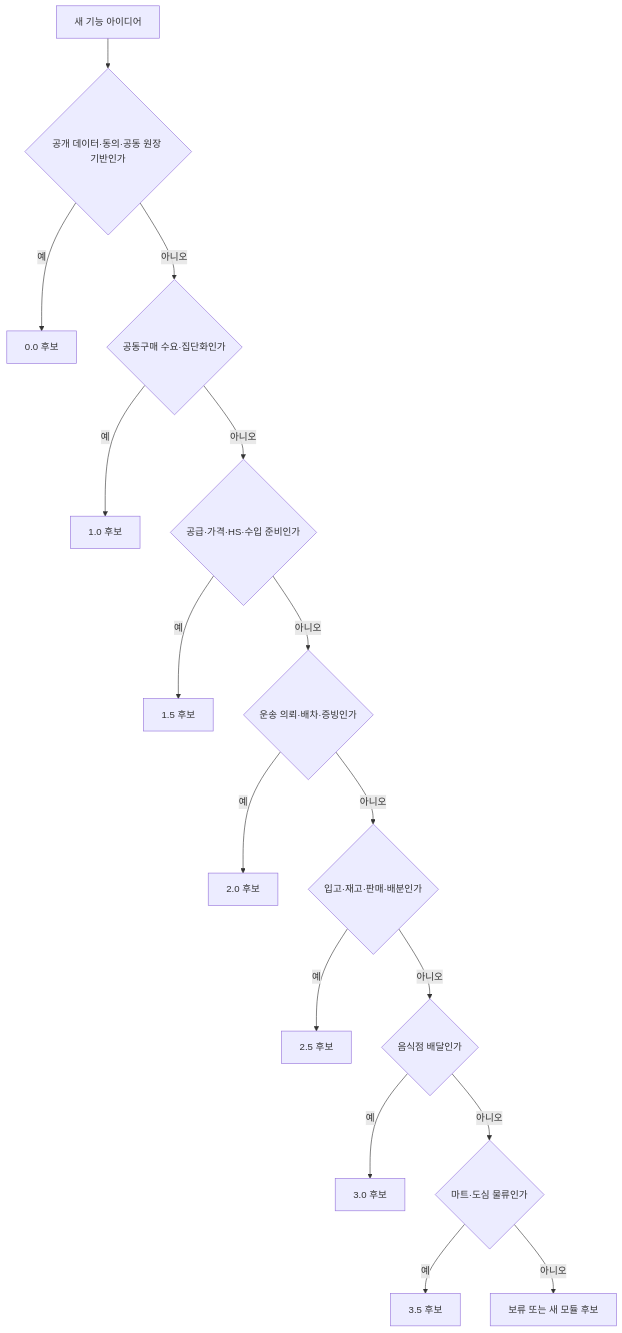
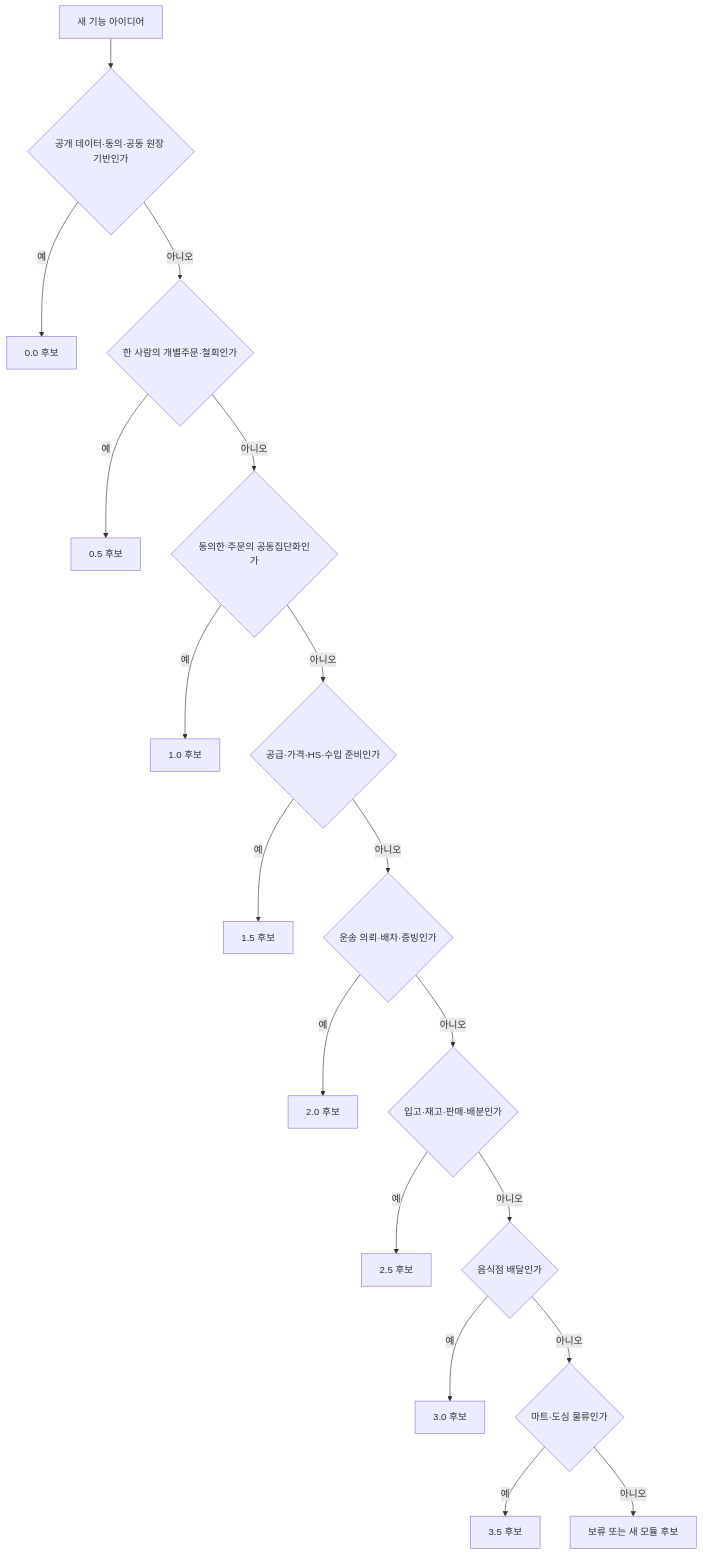
One commit to cheolwo/hongdal changed the second of 2 diagrams in docs/ProjectOverview/version-roadmap.md. Above: the diagram before and after it, drawn with Mermaid. The commit also changed other lines of this file and 10 other files, not shown here.

Commit message:
feat(roadmap): define individual order 0.5 stage

````diff
--- a/docs/ProjectOverview/version-roadmap.md
+++ b/docs/ProjectOverview/version-roadmap.md
@@ -56,18 +59,20 @@
 ```mermaid
 flowchart TD
     A["새 기능 아이디어"] --> B{"공개 데이터·동의·공동 원장 기반인가"}
     B -->|예| V0["0.0 후보"]
-    B -->|아니오| C{"공동구매 수요·집단화인가"}
-    C -->|예| V1["1.0 후보"]
-    C -->|아니오| D{"공급·가격·HS·수입 준비인가"}
-    D -->|예| V15["1.5 후보"]
-    D -->|아니오| E{"운송 의뢰·배차·증빙인가"}
-    E -->|예| V2["2.0 후보"]
-    E -->|아니오| F{"입고·재고·판매·배분인가"}
-    F -->|예| V25["2.5 후보"]
-    F -->|아니오| G{"음식점 배달인가"}
-    G -->|예| V3["3.0 후보"]
-    G -->|아니오| H{"마트·도심 물류인가"}
-    H -->|예| V35["3.5 후보"]
-    H -->|아니오| X["보류 또는 새 모듈 후보"]
+    B -->|아니오| C{"한 사람의 개별주문·철회인가"}
+    C -->|예| V05["0.5 후보"]
+    C -->|아니오| D{"동의한 주문의 공동집단화인가"}
+    D -->|예| V1["1.0 후보"]
+    D -->|아니오| E{"공급·가격·HS·수입 준비인가"}
+    E -->|예| V15["1.5 후보"]
+    E -->|아니오| F{"운송 의뢰·배차·증빙인가"}
+    F -->|예| V2["2.0 후보"]
+    F -->|아니오| G{"입고·재고·판매·배분인가"}
+    G -->|예| V25["2.5 후보"]
+    G -->|아니오| H{"음식점 배달인가"}
+    H -->|예| V3["3.0 후보"]
+    H -->|아니오| I{"마트·도심 물류인가"}
+    I -->|예| V35["3.5 후보"]
+    I -->|아니오| X["보류 또는 새 모듈 후보"]
 ```
````
